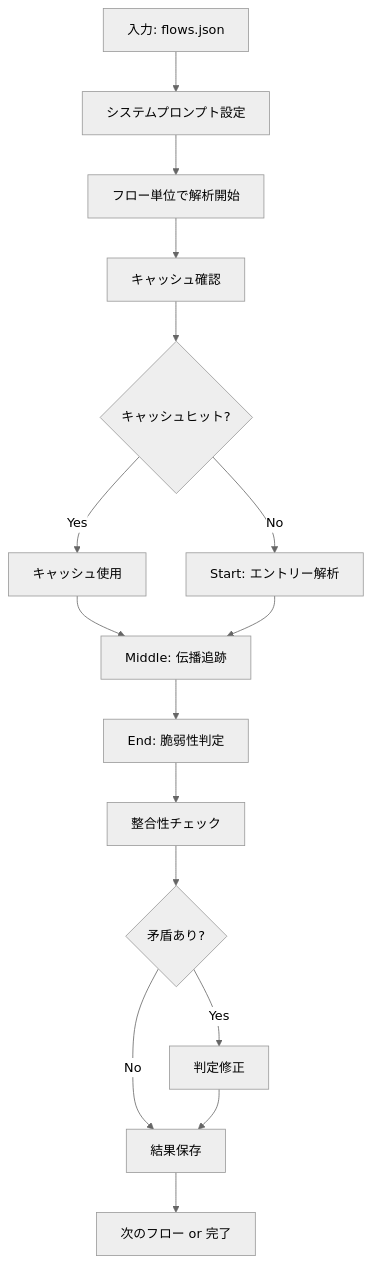
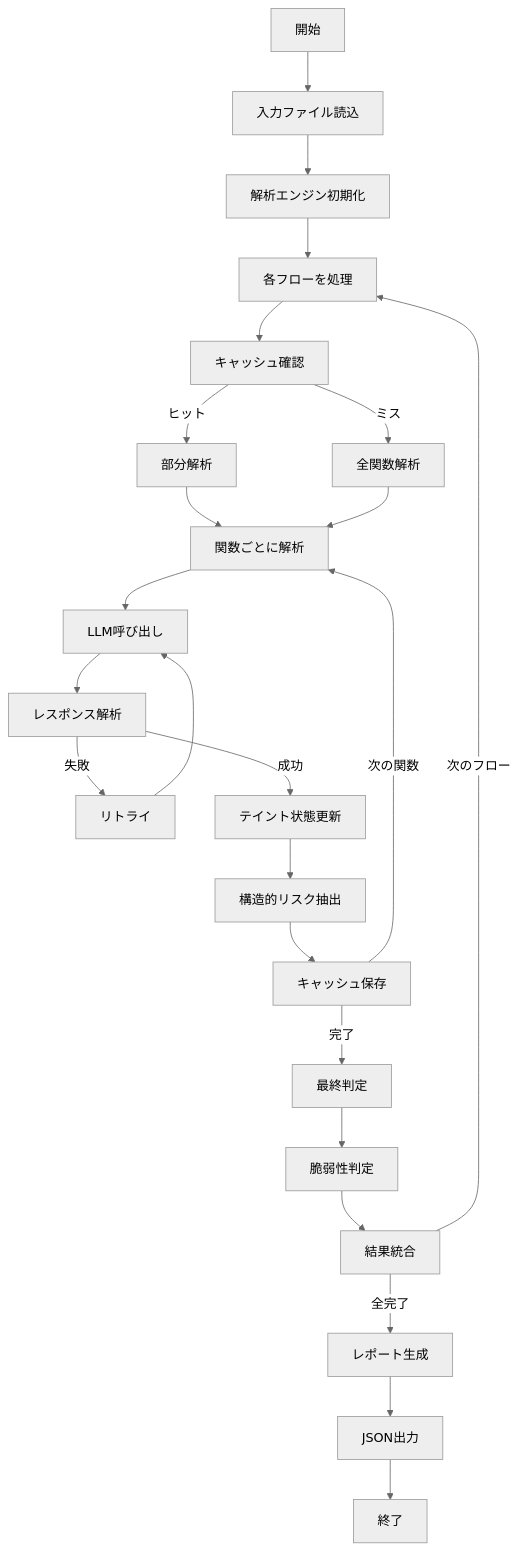
The second of 2 diagrams in Document/System_README.md (ta-061/tee-flow-inspector), drawn with Mermaid (neutral theme) before and after one commit. The commit also changed other lines of this file and 2 other files, not shown here.

````diff
--- a/Document/System_README.md
+++ b/Document/System_README.md
@@ -215,18 +282,32 @@
 ```mermaid
-graph TD
-    A[入力: flows.json] --> B[システムプロンプト設定]
-    B --> C[フロー単位で解析開始]
-    C --> D[キャッシュ確認]
-    D --> E{キャッシュヒット?}
-    E -->|Yes| F[キャッシュ使用]
-    E -->|No| G[Start: エントリー解析]
-    F --> H[Middle: 伝播追跡]
+flowchart TD
+    A[開始] --> B[入力ファイル読込]
+    B --> C[解析エンジン初期化]
+    C --> D[各フローを処理]
+    
+    D --> E[キャッシュ確認]
+    E -->|ヒット| F[部分解析]
+    E -->|ミス| G[全関数解析]
+    
+    F --> H[関数ごとに解析]
     G --> H
-    H --> I[End: 脆弱性判定]
-    I --> J[整合性チェック]
-    J --> K{矛盾あり?}
-    K -->|Yes| L[判定修正]
-    K -->|No| M[結果保存]
-    L --> M
-    M --> N[次のフロー or 完了]
+    
+    H --> I[LLM呼び出し]
+    I --> J[レスポンス解析]
+    J -->|失敗| K[リトライ]
+    K --> I
+    J -->|成功| L[テイント状態更新]
+    
+    L --> M[構造的リスク抽出]
+    M --> N[キャッシュ保存]
+    N -->|次の関数| H
+    N -->|完了| O[最終判定]
+    
+    O --> P[脆弱性判定]
+    P --> Q[結果統合]
+    Q -->|次のフロー| D
+    Q -->|全完了| R[レポート生成]
+    
+    R --> S[JSON出力]
+    S --> T[終了]
 ```
````
